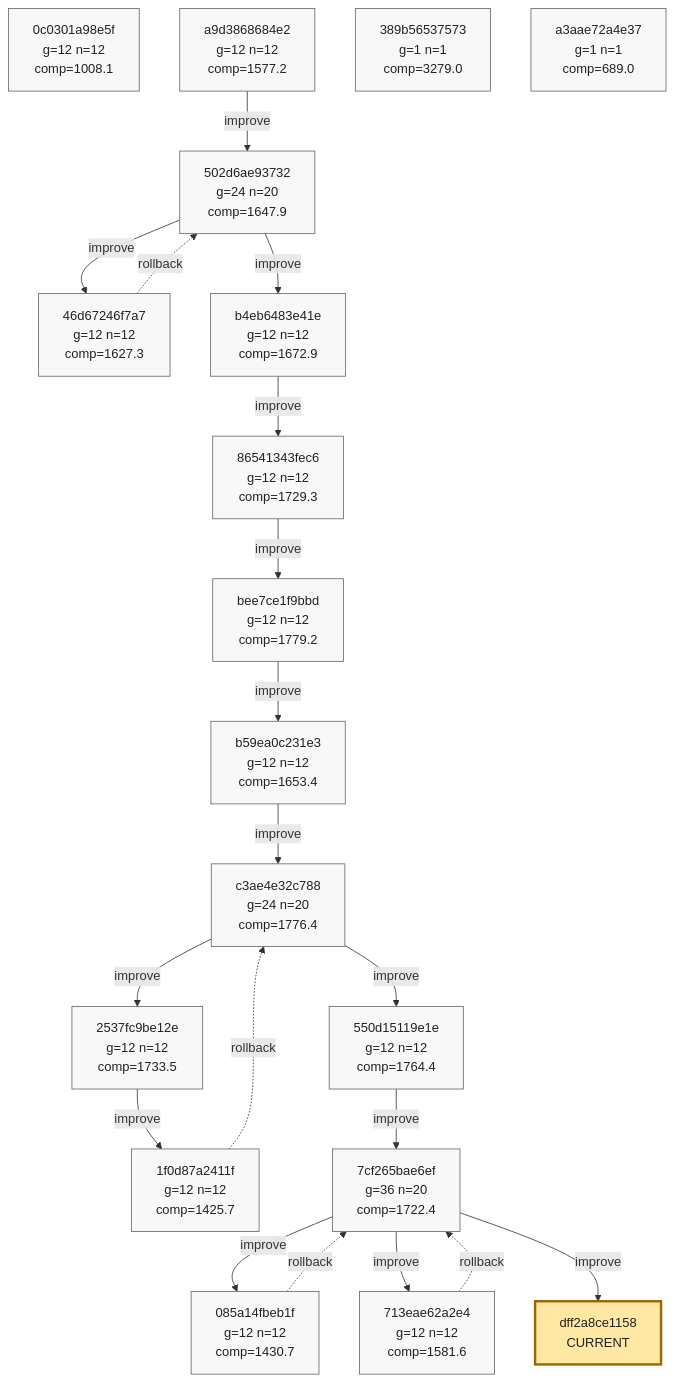
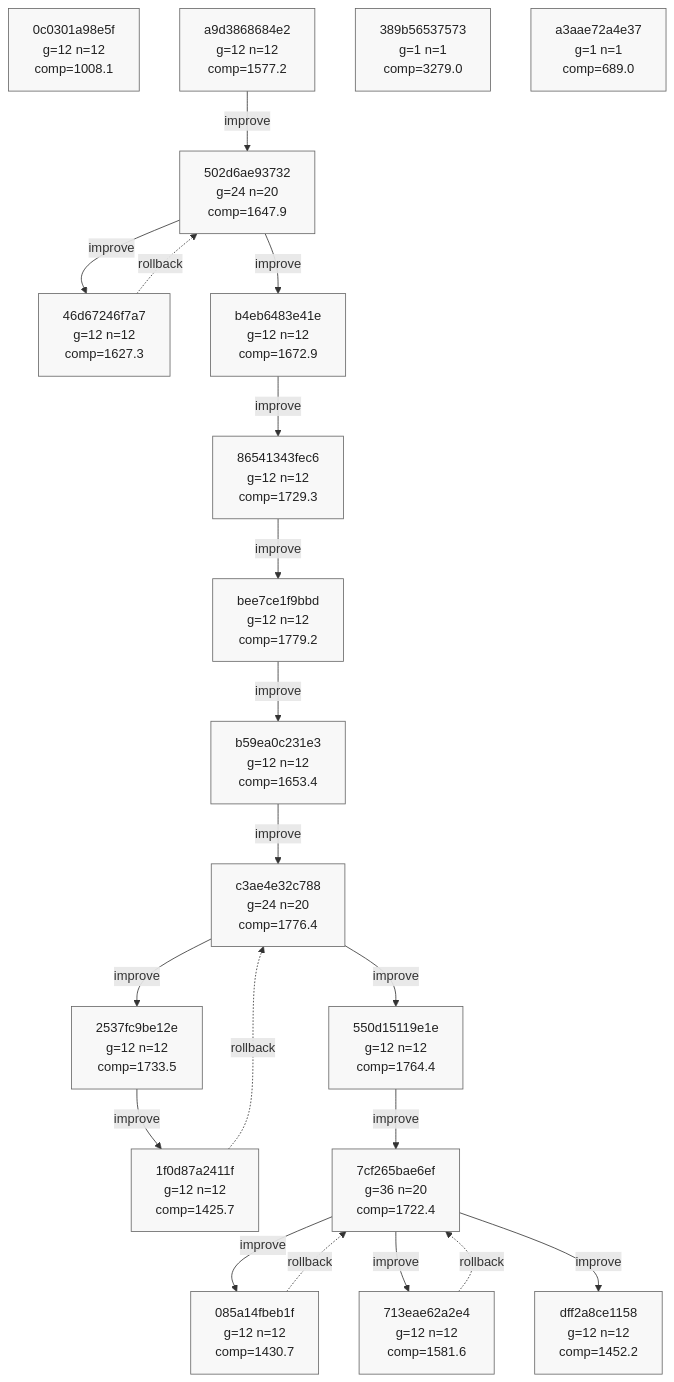
Before and after one commit to azumag/soviet_now: the tenth of 10 diagrams in phyrogenetic-tree.md, drawn with Mermaid. The commit also changed other lines of this file and 2 other files, not shown here.

````diff
--- a/phyrogenetic-tree.md
+++ b/phyrogenetic-tree.md
@@ -2541,64 +2543,64 @@
 ```mermaid
 flowchart TD
     h_0c0301a98e5f["0c0301a98e5f<br/>g=12 n=12<br/>comp=1008.1"]
     h_a9d3868684e2["a9d3868684e2<br/>g=12 n=12<br/>comp=1577.2"]
     h_502d6ae93732["502d6ae93732<br/>g=24 n=20<br/>comp=1647.9"]
     h_46d67246f7a7["46d67246f7a7<br/>g=12 n=12<br/>comp=1627.3"]
     h_b4eb6483e41e["b4eb6483e41e<br/>g=12 n=12<br/>comp=1672.9"]
     h_86541343fec6["86541343fec6<br/>g=12 n=12<br/>comp=1729.3"]
     h_bee7ce1f9bbd["bee7ce1f9bbd<br/>g=12 n=12<br/>comp=1779.2"]
     h_b59ea0c231e3["b59ea0c231e3<br/>g=12 n=12<br/>comp=1653.4"]
     h_c3ae4e32c788["c3ae4e32c788<br/>g=24 n=20<br/>comp=1776.4"]
     h_2537fc9be12e["2537fc9be12e<br/>g=12 n=12<br/>comp=1733.5"]
     h_1f0d87a2411f["1f0d87a2411f<br/>g=12 n=12<br/>comp=1425.7"]
     h_550d15119e1e["550d15119e1e<br/>g=12 n=12<br/>comp=1764.4"]
     h_7cf265bae6ef["7cf265bae6ef<br/>g=36 n=20<br/>comp=1722.4"]
     h_085a14fbeb1f["085a14fbeb1f<br/>g=12 n=12<br/>comp=1430.7"]
     h_713eae62a2e4["713eae62a2e4<br/>g=12 n=12<br/>comp=1581.6"]
+    h_dff2a8ce1158["dff2a8ce1158<br/>g=12 n=12<br/>comp=1452.2"]
     h_389b56537573["389b56537573<br/>g=1 n=1<br/>comp=3279.0"]
     h_a3aae72a4e37["a3aae72a4e37<br/>g=1 n=1<br/>comp=689.0"]
-    h_dff2a8ce1158["dff2a8ce1158<br/>CURRENT"]
 
     h_a9d3868684e2 -->|improve| h_502d6ae93732
     h_502d6ae93732 -->|improve| h_46d67246f7a7
     h_46d67246f7a7 -. rollback .-> h_502d6ae93732
     h_502d6ae93732 -->|improve| h_b4eb6483e41e
     h_b4eb6483e41e -->|improve| h_86541343fec6
     h_86541343fec6 -->|improve| h_bee7ce1f9bbd
     h_bee7ce1f9bbd -->|improve| h_b59ea0c231e3
     h_b59ea0c231e3 -->|improve| h_c3ae4e32c788
     h_c3ae4e32c788 -->|improve| h_2537fc9be12e
     h_2537fc9be12e -->|improve| h_1f0d87a2411f
     h_1f0d87a2411f -. rollback .-> h_c3ae4e32c788
     h_c3ae4e32c788 -->|improve| h_550d15119e1e
     h_550d15119e1e -->|improve| h_7cf265bae6ef
     h_7cf265bae6ef -->|improve| h_085a14fbeb1f
     h_085a14fbeb1f -. rollback .-> h_7cf265bae6ef
     h_7cf265bae6ef -->|improve| h_713eae62a2e4
     h_713eae62a2e4 -. rollback .-> h_7cf265bae6ef
     h_7cf265bae6ef -->|improve| h_dff2a8ce1158
 
     classDef plain fill:#f8f8f8,stroke:#666,stroke-width:1px,color:#222;
     classDef current fill:#ffe8a3,stroke:#9a6700,stroke-width:3px,color:#222;
     classDef anchor fill:#d7f5dd,stroke:#1f6f43,stroke-width:3px,color:#222;
     classDef current_anchor fill:#f3e4a8,stroke:#1f6f43,stroke-width:4px,color:#222;
 
     class h_0c0301a98e5f plain;
     class h_a9d3868684e2 plain;
     class h_502d6ae93732 plain;
     class h_46d67246f7a7 plain;
     class h_b4eb6483e41e plain;
     class h_86541343fec6 plain;
     class h_bee7ce1f9bbd plain;
     class h_b59ea0c231e3 plain;
     class h_c3ae4e32c788 plain;
     class h_2537fc9be12e plain;
     class h_1f0d87a2411f plain;
     class h_550d15119e1e plain;
     class h_7cf265bae6ef plain;
     class h_085a14fbeb1f plain;
     class h_713eae62a2e4 plain;
+    class h_dff2a8ce1158 plain;
     class h_389b56537573 plain;
     class h_a3aae72a4e37 plain;
-    class h_dff2a8ce1158 current;
 ```
````
